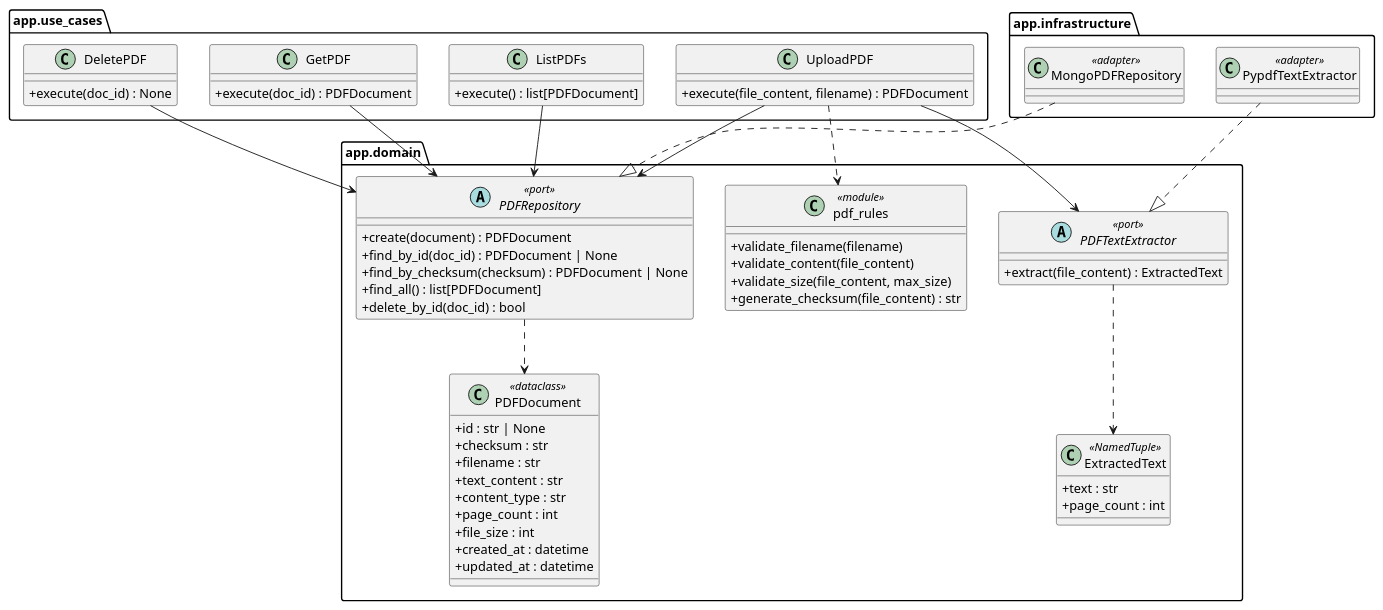
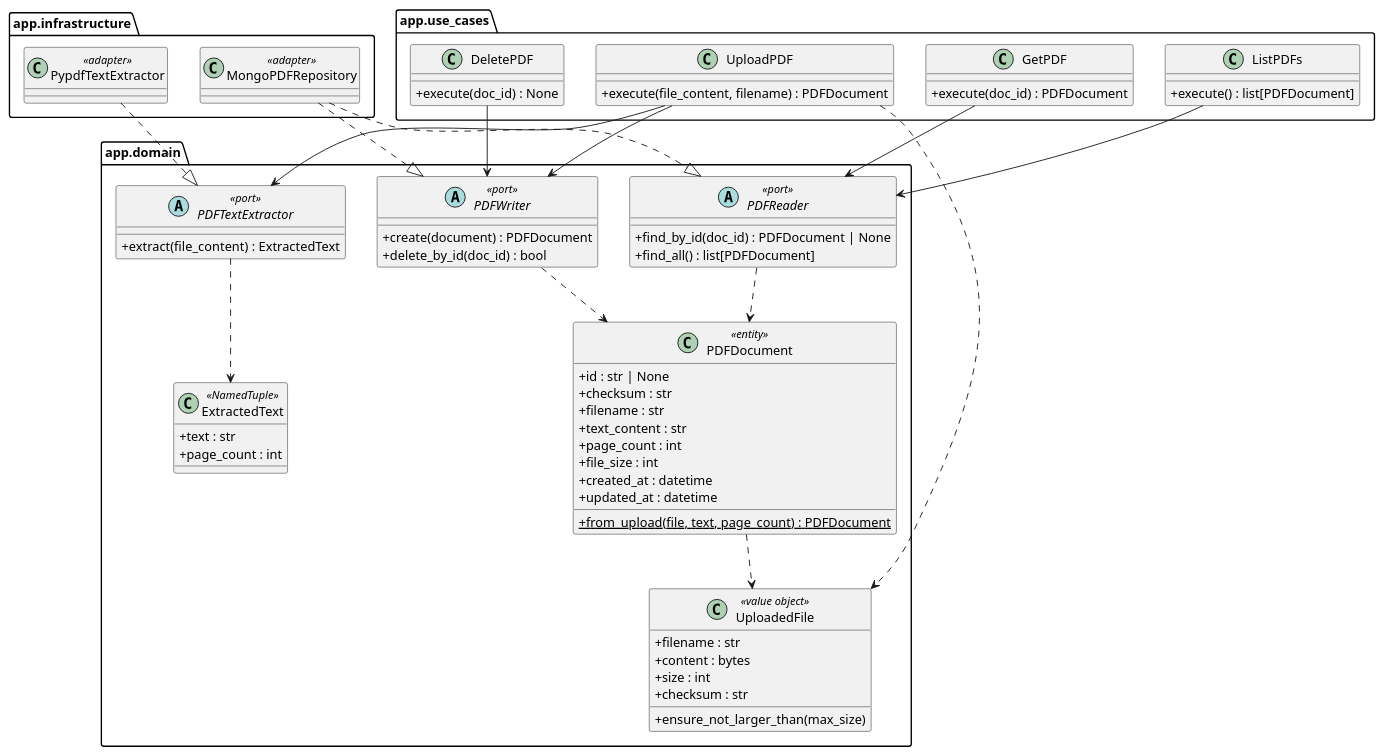
The diagram in documents/classes_pdf-extractext.puml (Zindorg/pdf-extractext), drawn with PlantUML before and after one commit. The commit also changed 3 other files, not shown here.

```diff
--- a/documents/classes_pdf-extractext.puml
+++ b/documents/classes_pdf-extractext.puml
@@ -1,71 +1,76 @@
 @startuml classes_pdf-extractext
 set namespaceSeparator none
 skinparam classAttributeIconSize 0
 
 package "app.domain" {
-  class PDFDocument <<dataclass>> {
+  class PDFDocument <<entity>> {
     + id : str | None
     + checksum : str
     + filename : str
     + text_content : str
-    + content_type : str
     + page_count : int
     + file_size : int
     + created_at : datetime
     + updated_at : datetime
+    + {static} from_upload(file, text, page_count) : PDFDocument
+  }
+  class UploadedFile <<value object>> {
+    + filename : str
+    + content : bytes
+    + size : int
+    + checksum : str
+    + ensure_not_larger_than(max_size)
   }
   class ExtractedText <<NamedTuple>> {
     + text : str
     + page_count : int
   }
-  abstract class PDFRepository <<port>> {
+  abstract class PDFReader <<port>> {
+    + find_by_id(doc_id) : PDFDocument | None
+    + find_all() : list[PDFDocument]
+  }
+  abstract class PDFWriter <<port>> {
     + create(document) : PDFDocument
-    + find_by_id(doc_id) : PDFDocument | None
-    + find_by_checksum(checksum) : PDFDocument | None
-    + find_all() : list[PDFDocument]
     + delete_by_id(doc_id) : bool
   }
   abstract class PDFTextExtractor <<port>> {
     + extract(file_content) : ExtractedText
-  }
-  class pdf_rules <<module>> {
-    + validate_filename(filename)
-    + validate_content(file_content)
-    + validate_size(file_content, max_size)
-    + generate_checksum(file_content) : str
   }
 }
 
 package "app.use_cases" {
   class UploadPDF {
     + execute(file_content, filename) : PDFDocument
   }
   class ListPDFs {
     + execute() : list[PDFDocument]
   }
   class GetPDF {
     + execute(doc_id) : PDFDocument
   }
   class DeletePDF {
     + execute(doc_id) : None
   }
 }
 
 package "app.infrastructure" {
   class MongoPDFRepository <<adapter>>
   class PypdfTextExtractor <<adapter>>
 }
 
-UploadPDF --> PDFRepository
+UploadPDF --> PDFWriter
 UploadPDF --> PDFTextExtractor
-UploadPDF ..> pdf_rules
-ListPDFs --> PDFRepository
-GetPDF --> PDFRepository
-DeletePDF --> PDFRepository
-PDFRepository ..> PDFDocument
+UploadPDF ..> UploadedFile
+ListPDFs --> PDFReader
+GetPDF --> PDFReader
+DeletePDF --> PDFWriter
+PDFDocument ..> UploadedFile
+PDFReader ..> PDFDocument
+PDFWriter ..> PDFDocument
 PDFTextExtractor ..> ExtractedText
 
-MongoPDFRepository ..|> PDFRepository
+MongoPDFRepository ..|> PDFReader
+MongoPDFRepository ..|> PDFWriter
 PypdfTextExtractor ..|> PDFTextExtractor
 
 @enduml
```
